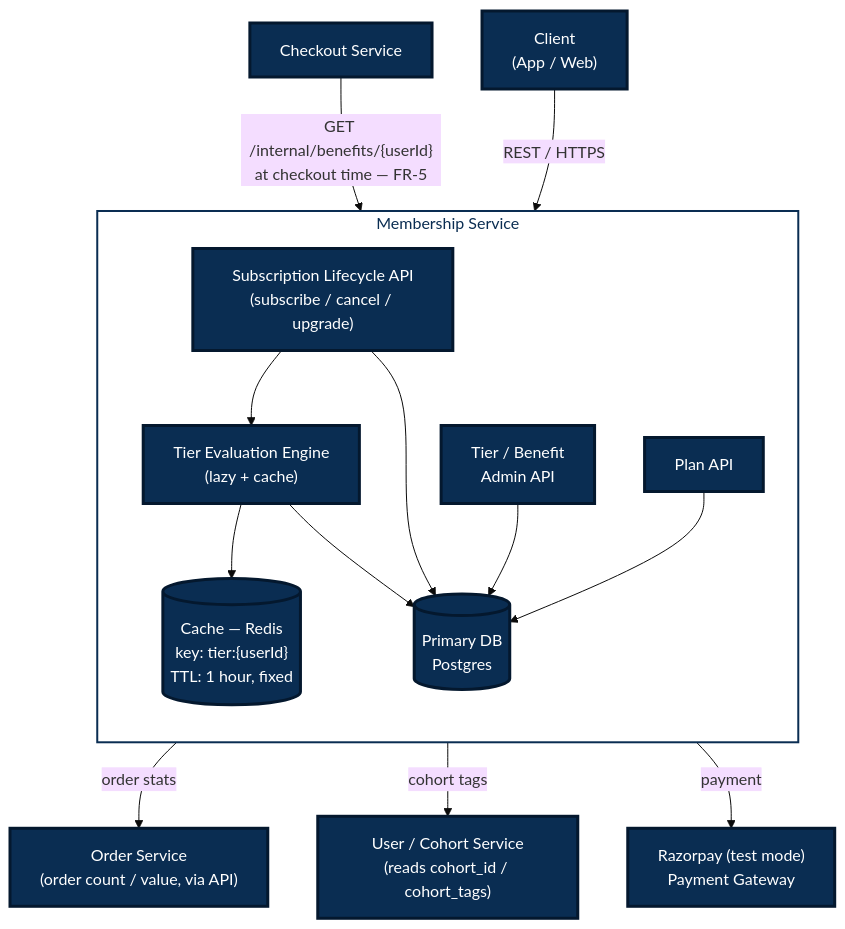
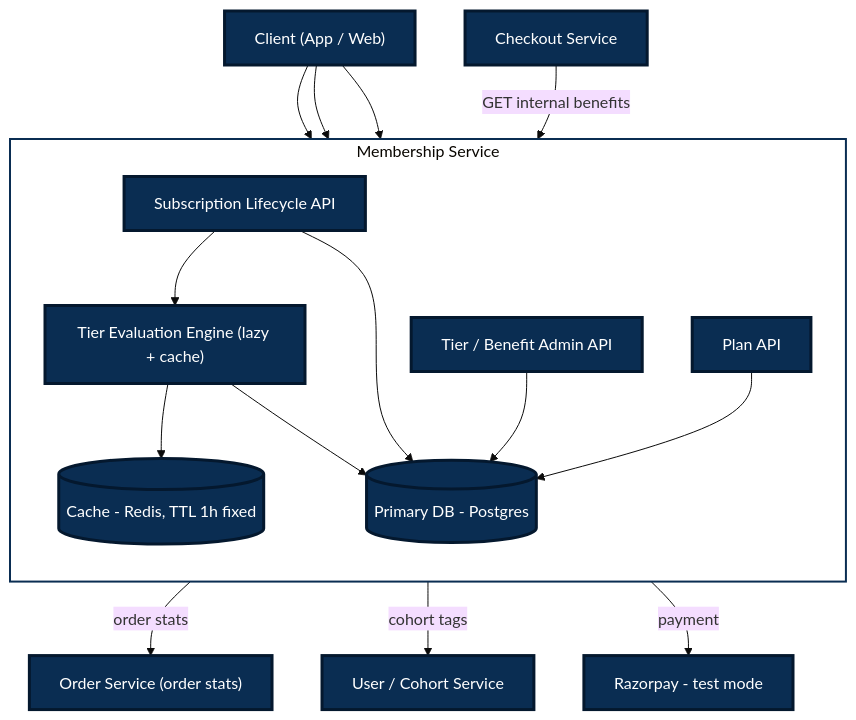
One commit to Veeru123456778/subscription-plans-engine changed the diagram in tech-spec.md. Above: the diagram before and after it, drawn with Mermaid (base theme).

Commit message:
fixed the mermaid architecture diagram

````diff
--- a/tech-spec.md
+++ b/tech-spec.md
@@ -18,37 +19,39 @@
 ```mermaid
 flowchart TB
-    Client["Client<br/>(App / Web)"]
+    Client["Client (App / Web)"]
     Checkout["Checkout Service"]
-
+ 
     subgraph MS["Membership Service"]
         direction TB
         PlanAPI["Plan API"]
-        TierAPI["Tier / Benefit<br/>Admin API"]
-        SubAPI["Subscription Lifecycle API<br/>(subscribe / cancel / upgrade)"]
-        Engine["Tier Evaluation Engine<br/>(lazy + cache)"]
-        Cache[("Cache — Redis<br/>key: tier:{userId}<br/>TTL: 1 hour, fixed")]
-        DB[("Primary DB<br/>Postgres")]
-
+        TierAPI["Tier / Benefit Admin API"]
+        SubAPI["Subscription Lifecycle API"]
+        Engine["Tier Evaluation Engine (lazy + cache)"]
+        Cache[("Cache - Redis, TTL 1h fixed")]
+        DB[("Primary DB - Postgres")]
+ 
         SubAPI --> Engine
         Engine --> Cache
         PlanAPI --> DB
         TierAPI --> DB
         SubAPI --> DB
         Engine --> DB
     end
-
-    OrderSvc["Order Service<br/>(order count / value, via API)"]
-    CohortSvc["User / Cohort Service<br/>(reads cohort_id / cohort_tags)"]
-    Razorpay["Razorpay (test mode)<br/>Payment Gateway"]
-
-    Client -->|REST / HTTPS| MS
-    Checkout -->|"GET /internal/benefits/{userId}<br/>at checkout time — FR-5"| SubAPI
+ 
+    OrderSvc["Order Service (order stats)"]
+    CohortSvc["User / Cohort Service"]
+    Razorpay["Razorpay - test mode"]
+ 
+    Client --> PlanAPI
+    Client --> TierAPI
+    Client --> SubAPI
+    Checkout -->|GET internal benefits| SubAPI
     Engine -->|order stats| OrderSvc
     Engine -->|cohort tags| CohortSvc
     SubAPI -->|payment| Razorpay
-
+ 
     classDef darkBox fill:#0a2d52,stroke:#04182e,stroke-width:3px,color:#ffffff;
     class Client,Checkout,PlanAPI,TierAPI,SubAPI,Engine,Cache,DB,OrderSvc,CohortSvc,Razorpay darkBox;
-
-    style MS fill:none,stroke:#0a2d52,stroke-width:2px,color:#0a2d52
+ 
+    style MS fill:none,stroke:#0a2d52,stroke-width:2px
 ```
````
